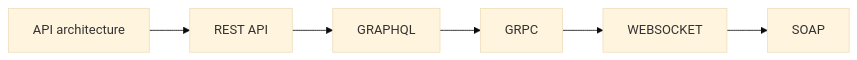
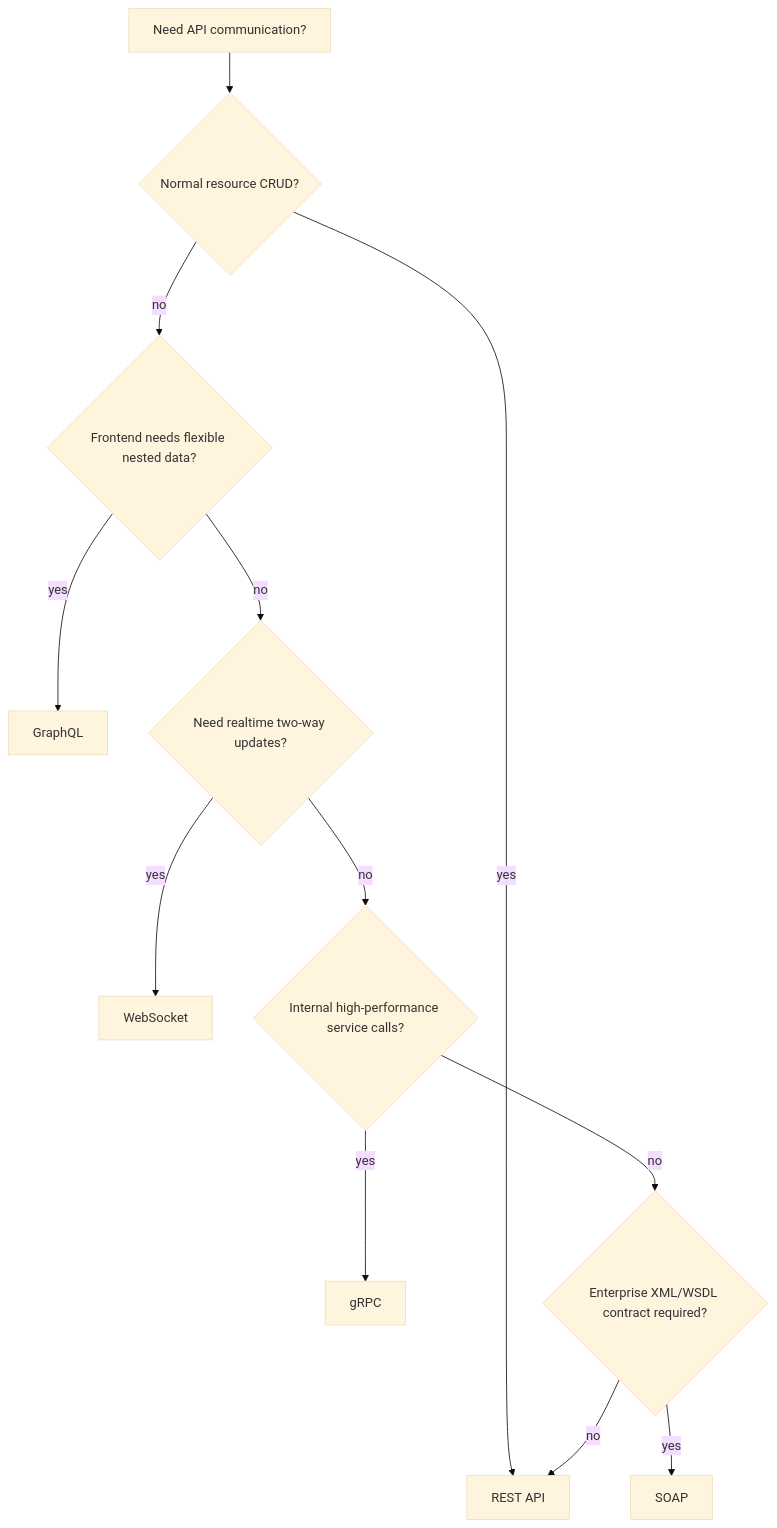
Before and after one commit to PriyanshuMidha/System_Design_notes: the diagram in Api architecture/theory/Api architecture cntent table.md, drawn with Mermaid (base theme). The commit also changed other lines of this file and 276 other files, not shown here.

````diff
--- a/Api architecture/theory/Api architecture cntent table.md
+++ b/Api architecture/theory/Api architecture cntent table.md
@@ -45,5 +39,14 @@
 ```mermaid
-
-flowchart LR
-  Start[API architecture] --> N1[REST API] --> N2[GRAPHQL] --> N3[GRPC] --> N4[WEBSOCKET] --> N5[SOAP]
+flowchart TD
+  Start[Need API communication?] --> CRUD{Normal resource CRUD?}
+  CRUD -- yes --> REST[REST API]
+  CRUD -- no --> Flexible{Frontend needs flexible nested data?}
+  Flexible -- yes --> GraphQL[GraphQL]
+  Flexible -- no --> Realtime{Need realtime two-way updates?}
+  Realtime -- yes --> WS[WebSocket]
+  Realtime -- no --> Internal{Internal high-performance service calls?}
+  Internal -- yes --> GRPC[gRPC]
+  Internal -- no --> Enterprise{Enterprise XML/WSDL contract required?}
+  Enterprise -- yes --> SOAP[SOAP]
+  Enterprise -- no --> REST
 ```
````
